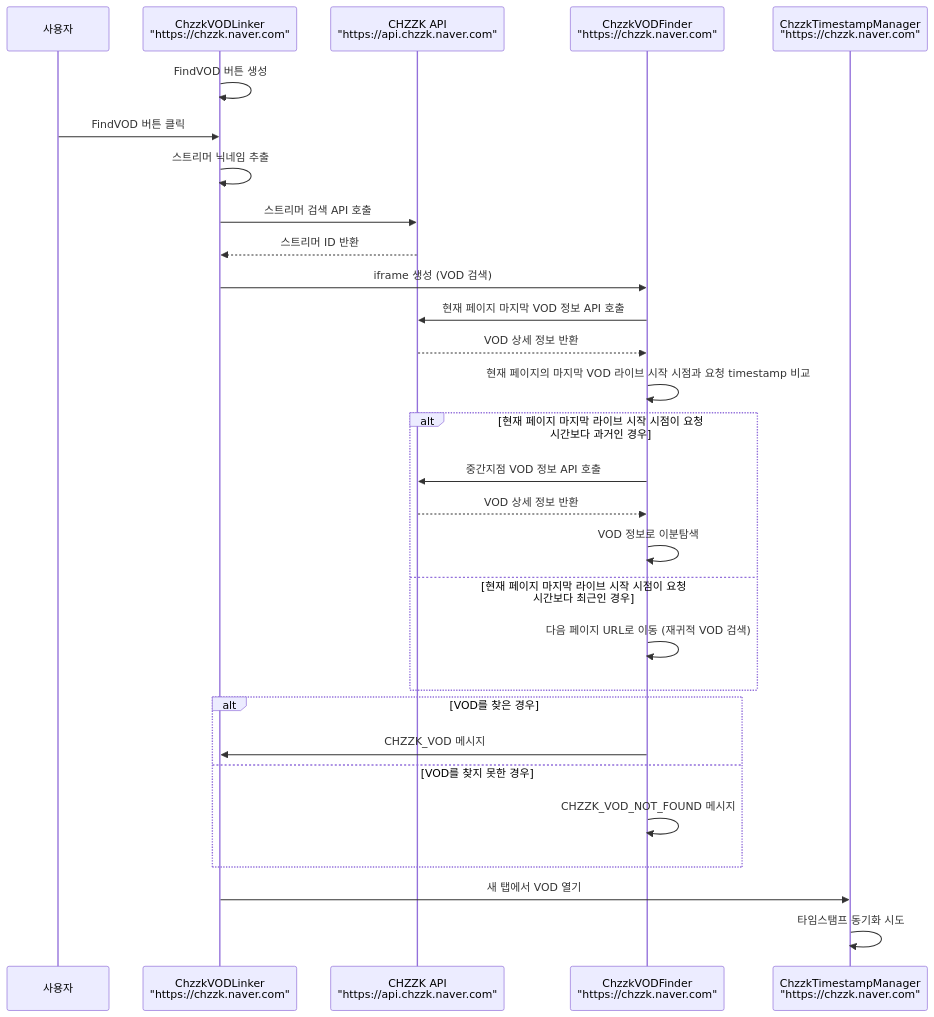
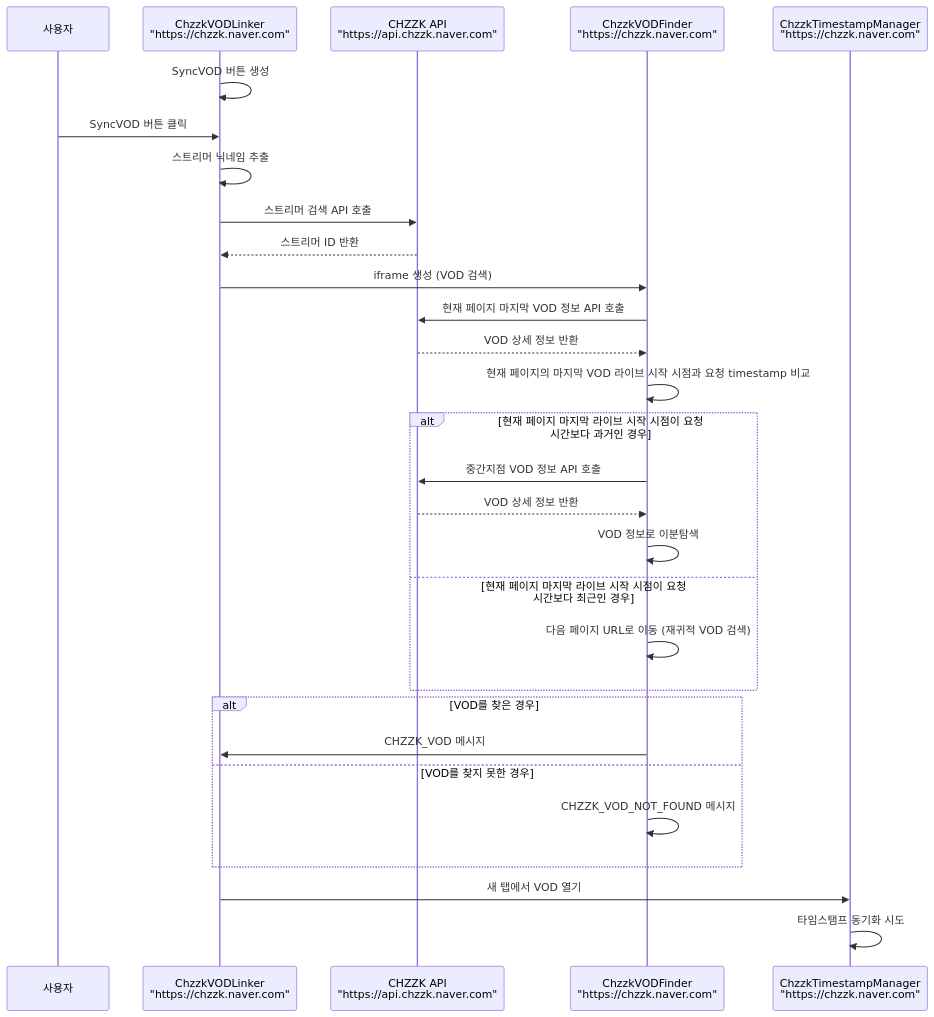
One commit to AINukeHere/VOD-Synchronizer changed the second of 3 diagrams in doc/communication_flow.md. Above: the diagram before and after it, drawn with Mermaid. The commit also changed other lines of this file, not shown here.

Commit message:
Refactor communication flow in documentation: Replace FindVOD button with SyncVOD, streamline API interactions for streamer ID and VOD retrieval, and enhance clarity in sequence diagrams for both SOOP and CHZZK synchronization processes.

````diff
--- a/doc/communication_flow.md
+++ b/doc/communication_flow.md
@@ -34,36 +29,36 @@
 ```mermaid
 sequenceDiagram
     participant User as 사용자
     participant VODLinker as ChzzkVODLinker<br/>"https://chzzk.naver.com"
     participant ChzzkAPI as CHZZK API<br/>"https://api.chzzk.naver.com"
     participant VodFinder as ChzzkVODFinder<br/>"https://chzzk.naver.com"
     participant TimestampManager as ChzzkTimestampManager<br/>"https://chzzk.naver.com"
 
-    VODLinker->>VODLinker: FindVOD 버튼 생성
-    User->>VODLinker: FindVOD 버튼 클릭
+    VODLinker->>VODLinker: SyncVOD 버튼 생성
+    User->>VODLinker: SyncVOD 버튼 클릭
     VODLinker->>VODLinker: 스트리머 닉네임 추출
     VODLinker->>ChzzkAPI: 스트리머 검색 API 호출
     ChzzkAPI-->>VODLinker: 스트리머 ID 반환
     VODLinker->>VodFinder: iframe 생성 (VOD 검색)
     
     VodFinder->>ChzzkAPI: 현재 페이지 마지막 VOD 정보 API 호출
     ChzzkAPI-->>VodFinder: VOD 상세 정보 반환
     VodFinder->>VodFinder: 현재 페이지의 마지막 VOD 라이브 시작 시점과 요청 timestamp 비교
     
     alt 현재 페이지 마지막 라이브 시작 시점이 요청 시간보다 과거인 경우
         VodFinder->>ChzzkAPI: 중간지점 VOD 정보 API 호출
         ChzzkAPI-->>VodFinder: VOD 상세 정보 반환
         VodFinder->>VodFinder: VOD 정보로 이분탐색
     else 현재 페이지 마지막 라이브 시작 시점이 요청 시간보다 최근인 경우
         VodFinder->>VodFinder: 다음 페이지 URL로 이동 (재귀적 VOD 검색)
     end
     
     alt VOD를 찾은 경우
         VodFinder->>VODLinker: CHZZK_VOD 메시지
     else VOD를 찾지 못한 경우
         VodFinder->>VodFinder: CHZZK_VOD_NOT_FOUND 메시지
     end
     
     VODLinker->>TimestampManager: 새 탭에서 VOD 열기
     TimestampManager->>TimestampManager: 타임스탬프 동기화 시도
 ```
````
